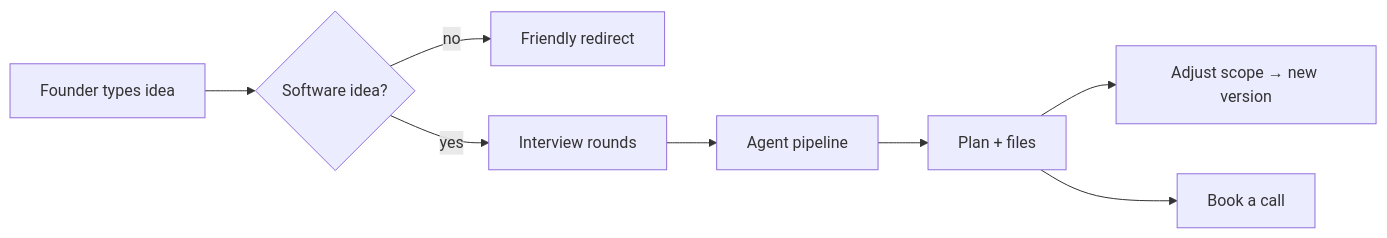
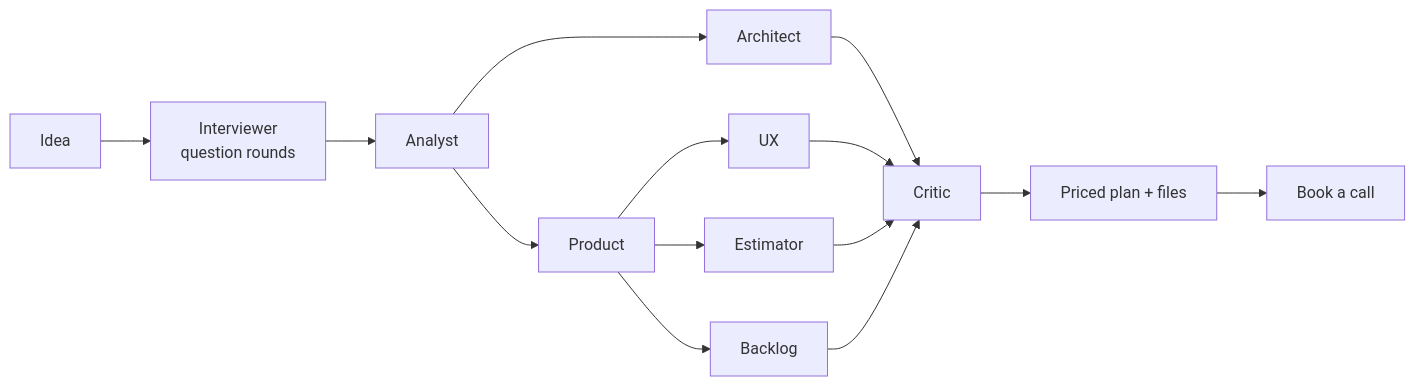
One commit to alihassan-coder/SpecDesk changed the diagram in README.md. Above: the diagram before and after it, drawn with Mermaid. The commit also changed other lines of this file and 58 other files, not shown here.

First line of the commit message:
Add tests for chat flow, management, email sending, and sharing functionality

````diff
--- a/README.md
+++ b/README.md
@@ -60,10 +15,13 @@
 ```mermaid
 flowchart LR
-    A[Founder types idea] --> B{Software idea?}
-    B -- no --> B2[Friendly redirect]
-    B -- yes --> C[Interview rounds]
-    C --> D[Agent pipeline]
-    D --> E[Plan + files]
-    E --> F[Adjust scope → new version]
-    E --> G[Book a call]
+    A[Idea] --> B[Interviewer<br/>question rounds]
+    B --> C[Analyst]
+    C --> D[Product]
+    C --> E[Architect]
+    D --> F[UX]
+    D --> G[Estimator]
+    D --> H[Backlog]
+    E & F & G & H --> I[Critic]
+    I --> J[Priced plan + files]
+    J --> K[Book a call]
 ```
````
